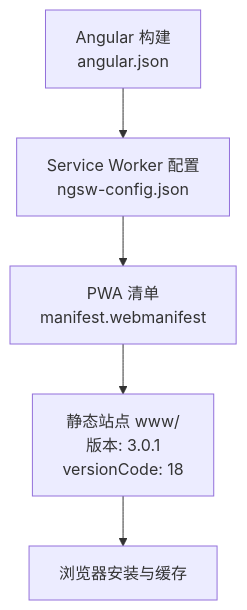
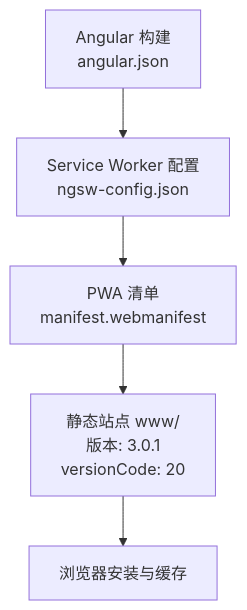
One commit to tea4go/Macro-Deck-Client-App changed the fifth of 9 diagrams in .qoder/repowiki/zh/content/构建与部署/平台部署/平台部署.md. Above: the diagram before and after it, drawn with Mermaid. The commit also changed other lines of this file and 55 other files, not shown here.

````diff
--- a/.qoder/repowiki/zh/content/构建与部署/平台部署/平台部署.md
+++ b/.qoder/repowiki/zh/content/构建与部署/平台部署/平台部署.md
@@ -214,7 +214,7 @@
 ```mermaid
 flowchart TD
 A["Angular 构建<br/>angular.json"] --> B["Service Worker 配置<br/>ngsw-config.json"]
 B --> C["PWA 清单<br/>manifest.webmanifest"]
-C --> D["静态站点 www/<br/>版本: 3.0.1<br/>versionCode: 18"]
+C --> D["静态站点 www/<br/>版本: 3.0.1<br/>versionCode: 20"]
 D --> E["浏览器安装与缓存"]
 ```
````
